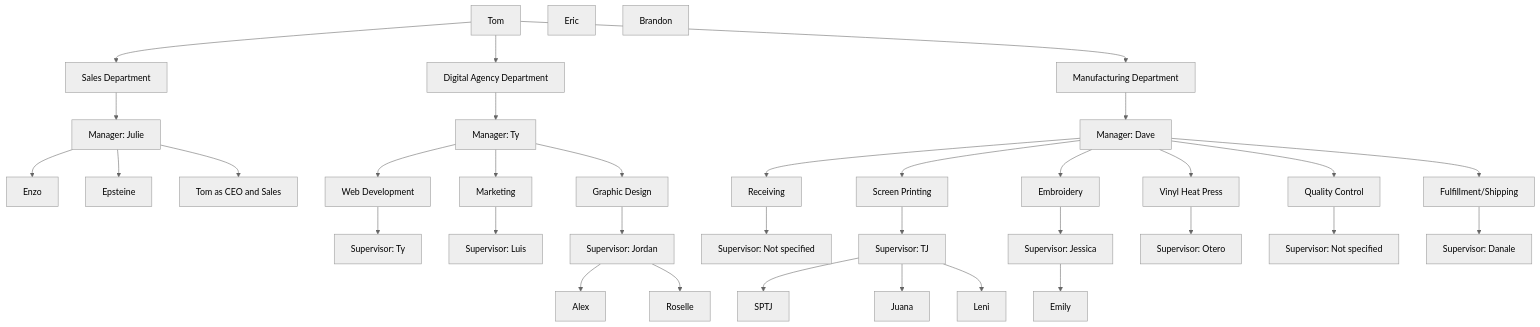
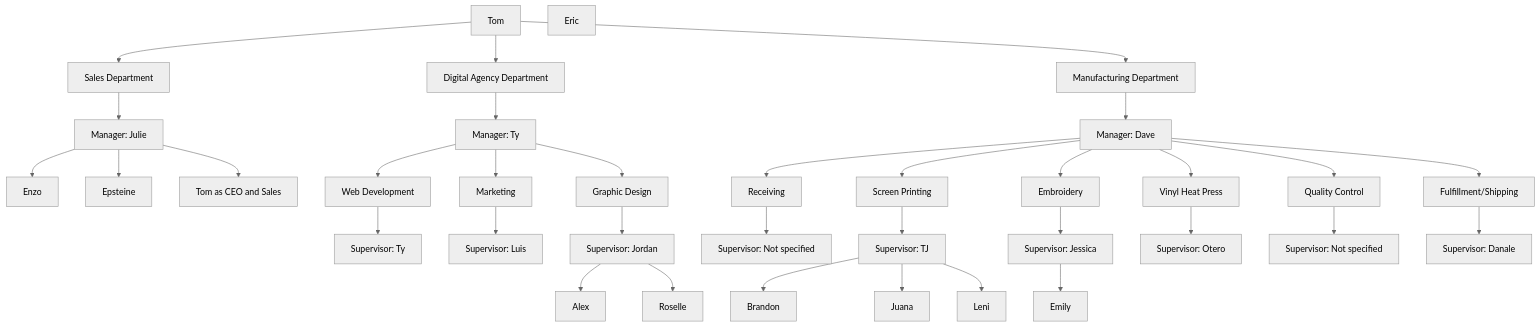
The first of 11 diagrams in README.md (TyGrim13/4WinnerFlows), drawn with Mermaid (neutral theme) before and after one commit.

````diff
--- a/README.md
+++ b/README.md
@@ -28,75 +28,75 @@
 ```mermaid
 
 flowchart TD
     CEO[Tom] & Eric
     SalesDept[Sales Department]
     SalesMgr[Manager: Julie]
     Enzo[Enzo]
     Epsteine[Epsteine]
     TomAsSales[Tom as CEO and Sales]
     CEO --> SalesDept
     SalesDept --> SalesMgr
     SalesMgr --> Enzo
     SalesMgr --> Epsteine
     SalesMgr --> TomAsSales
 
     DigitalAgency[Digital Agency Department]
     DigitalMgr[Manager: Ty]
     WebDev[Web Development]
     WebSup[Supervisor: Ty]
     Marketing[Marketing]
     MarkSup[Supervisor: Luis]
     GraphicDesign[Graphic Design]
     GDSup[Supervisor: Jordan]
     Alex[Alex]
     Roselle[Roselle]
     CEO --> DigitalAgency
     DigitalAgency --> DigitalMgr
     DigitalMgr --> WebDev
     WebDev --> WebSup
     DigitalMgr --> Marketing
     Marketing --> MarkSup
     DigitalMgr --> GraphicDesign
     GraphicDesign --> GDSup
     GDSup --> Alex
     GDSup --> Roselle
 
     Manufacturing[Manufacturing Department]
     ManuMgr[Manager: Dave]
     Receiving[Receiving]
     RecSup[Supervisor: Not specified]
     ScreenPrinting[Screen Printing]
     SP[Supervisor: TJ]
     SPBrandon[Brandon]
     SPJuana[Juana]
     SPLeni[Leni]
     Embroidery[Embroidery]
     EmbSup[Supervisor: Jessica]
     Emily[Emily]
     VinylHeatPress[Vinyl Heat Press]
     VHP[Supervisor: Otero]
     QualityControl[Quality Control]
     QCSup[Supervisor: Not specified]
     FulfillmentShipping[Fulfillment/Shipping]
     FulfillSup[Supervisor: Danale]
     CEO --> Manufacturing
     Manufacturing --> ManuMgr
     ManuMgr --> Receiving
     Receiving --> RecSup
     ManuMgr --> ScreenPrinting
     ScreenPrinting --> SP
-    SP --> SPTJ
+    SP --> SPBrandon
     SP --> SPJuana
     SP --> SPLeni
     ManuMgr --> Embroidery
     Embroidery --> EmbSup
     EmbSup --> Emily
     ManuMgr --> VinylHeatPress
     VinylHeatPress --> VHP
     ManuMgr --> QualityControl
     QualityControl --> QCSup
     ManuMgr --> FulfillmentShipping
     FulfillmentShipping --> FulfillSup
 
 
 ```
````
